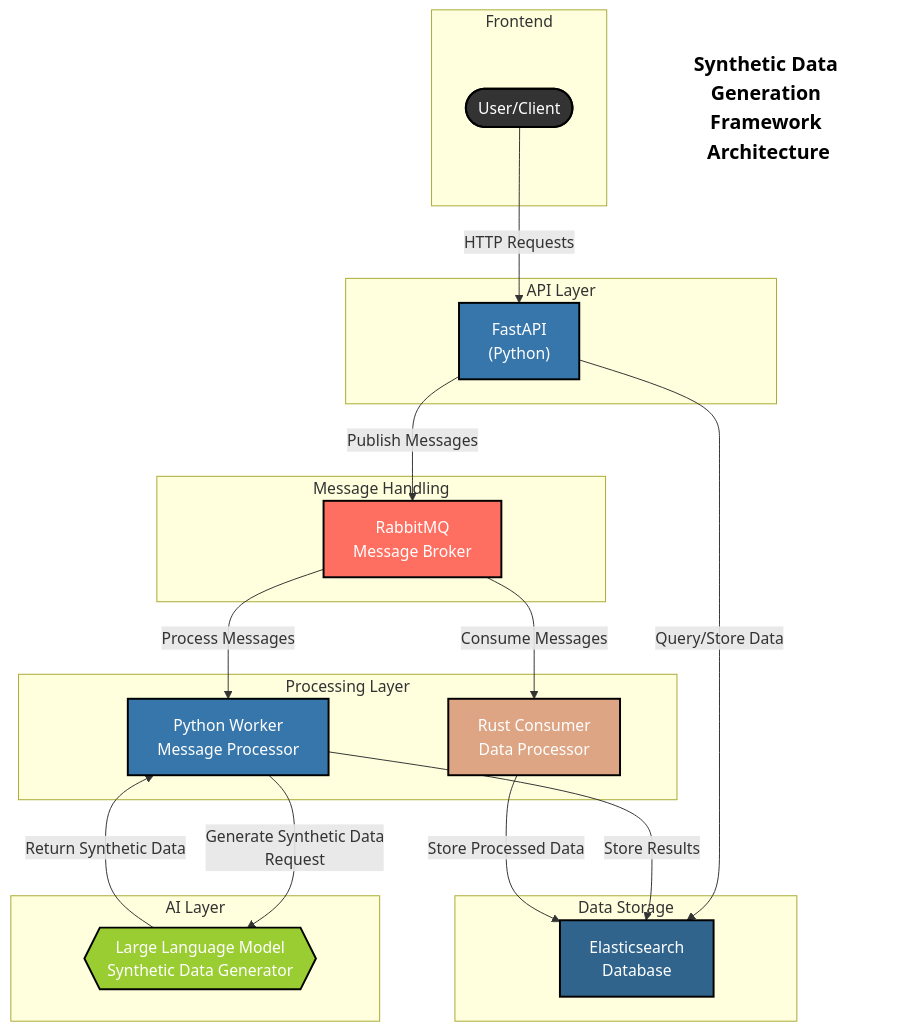
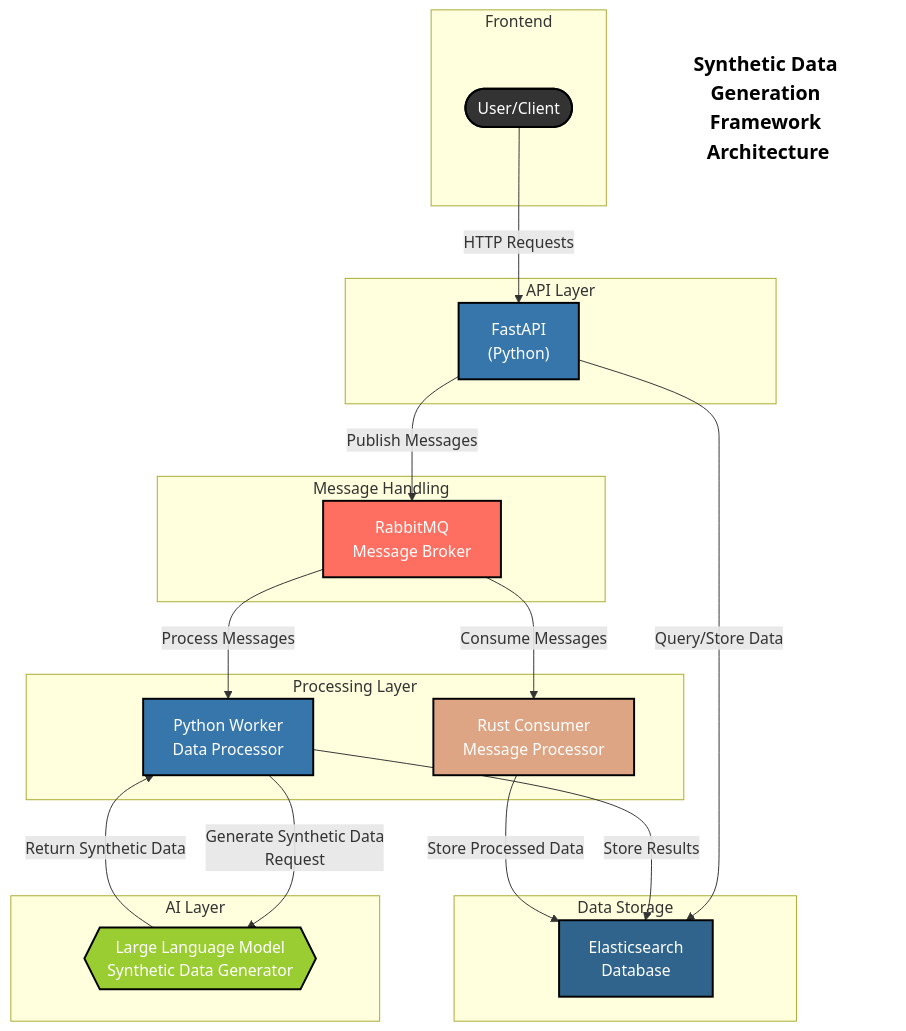
The diagram in ARCHITECTURE.md (nasirus/synthgen), drawn with Mermaid before and after one commit. The commit also changed other lines of this file and 1 other file, not shown here.

First line of the commit message:
Swap Python Worker and Rust Consumer roles in architecture documentation

````diff
--- a/ARCHITECTURE.md
+++ b/ARCHITECTURE.md
@@ -7,78 +7,78 @@
 ```mermaid
 flowchart TB
     %% Title
     classDef titleClass fill:none,stroke:none,color:black,font-size:20px,font-weight:bold
     title["Synthetic Data Generation Framework Architecture"]
     class title titleClass
     
     %% Component definitions with detailed labels
     client([User/Client])
     api["FastAPI
     (Python)"]
     rabbitmq["RabbitMQ
     Message Broker"]
     elasticsearch["Elasticsearch
     Database"]
     llm{{"Large Language Model
     Synthetic Data Generator"}}
+    consumer["Rust Consumer
+    Message Processor"]
     worker["Python Worker
-    Message Processor"]
-    consumer["Rust Consumer
     Data Processor"]
     
     %% Connections with descriptive labels
     client -->|"HTTP Requests"| api
     api -->|"Query/Store Data"| elasticsearch
     api -->|"Publish Messages"| rabbitmq
     rabbitmq -->|"Process Messages"| worker
     worker -->|"Generate Synthetic Data
     Request"| llm
     llm -->|"Return Synthetic Data"| worker
     worker -->|"Store Results"| elasticsearch
     rabbitmq -->|"Consume Messages"| consumer
     consumer -->|"Store Processed Data"| elasticsearch
     
     %% Component styling
     classDef clientStyle fill:#333,stroke:#000,color:white,stroke-width:2px
     classDef apiStyle fill:#3776AB,stroke:#000,color:white,stroke-width:2px
     classDef dbStyle fill:#31648C,stroke:#000,color:white,stroke-width:2px
     classDef msgStyle fill:#FF6F61,stroke:#000,color:white,stroke-width:2px
     classDef llmStyle fill:#9ACD32,stroke:#000,color:white,stroke-width:2px
     classDef workerStyle fill:#3776AB,stroke:#000,color:white,stroke-width:2px
     classDef consumerStyle fill:#DEA584,stroke:#000,color:white,stroke-width:2px
     
     %% Apply styling
     class client clientStyle
     class api apiStyle
     class elasticsearch dbStyle
     class rabbitmq msgStyle
     class llm llmStyle
     class worker workerStyle
     class consumer consumerStyle
     
     %% Subgraphs for clearer organization
     subgraph Frontend
         client
     end
     
     subgraph "API Layer"
         api
     end
     
     subgraph "Data Storage"
         elasticsearch
     end
     
     subgraph "Message Handling"
         rabbitmq
     end
     
     subgraph "Processing Layer"
         worker
         consumer
     end
     
     subgraph "AI Layer"
         llm
     end
 ```
````
